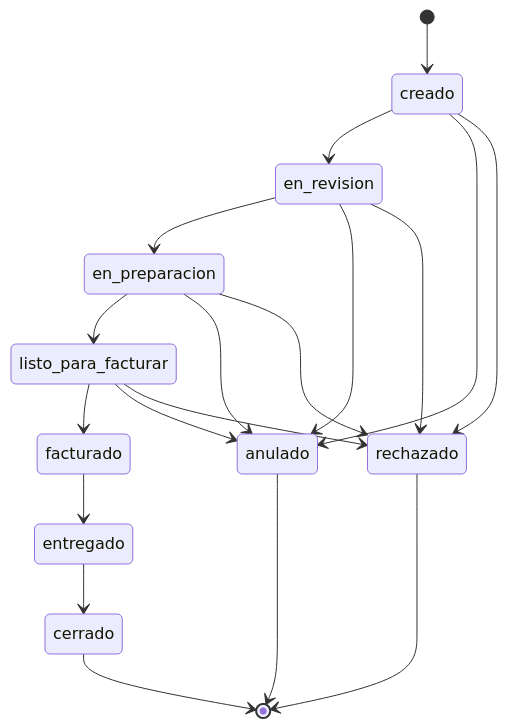
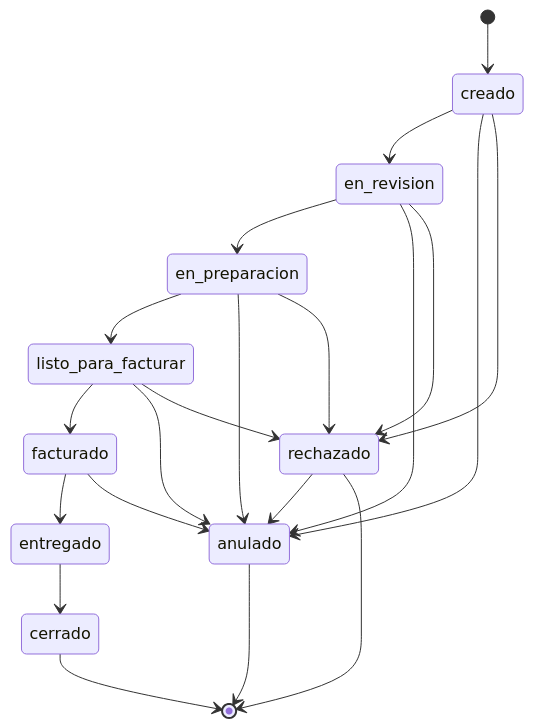
One commit to Santir9515/majito changed the first of 2 diagrams in docs/Majito_Esquema_Base_de_Datos_V2.md. Above: the diagram before and after it, drawn with Mermaid. The commit also changed other lines of this file, not shown here.

````diff
--- a/docs/Majito_Esquema_Base_de_Datos_V2.md
+++ b/docs/Majito_Esquema_Base_de_Datos_V2.md
@@ -86,23 +86,25 @@
 ```mermaid
 stateDiagram-v2
     [*] --> creado
     creado --> en_revision
     en_revision --> en_preparacion
     en_preparacion --> listo_para_facturar
     listo_para_facturar --> facturado
     facturado --> entregado
     entregado --> cerrado
     cerrado --> [*]
 
     creado --> anulado
     en_revision --> anulado
     en_preparacion --> anulado
     listo_para_facturar --> anulado
+    facturado --> anulado
+    rechazado --> anulado
     anulado --> [*]
 
     creado --> rechazado
     en_revision --> rechazado
     en_preparacion --> rechazado
     listo_para_facturar --> rechazado
     rechazado --> [*]
 ```
````
